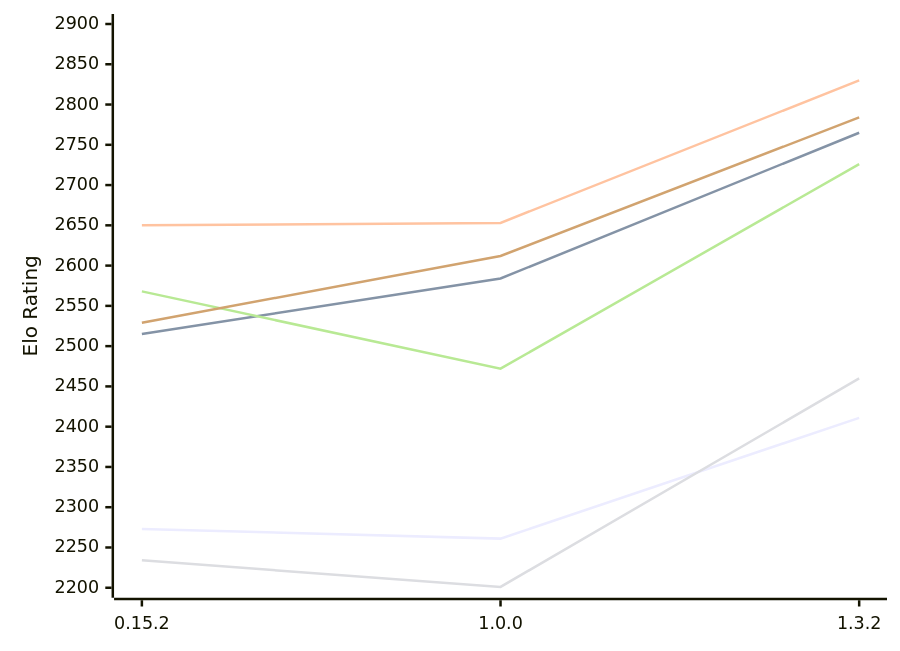
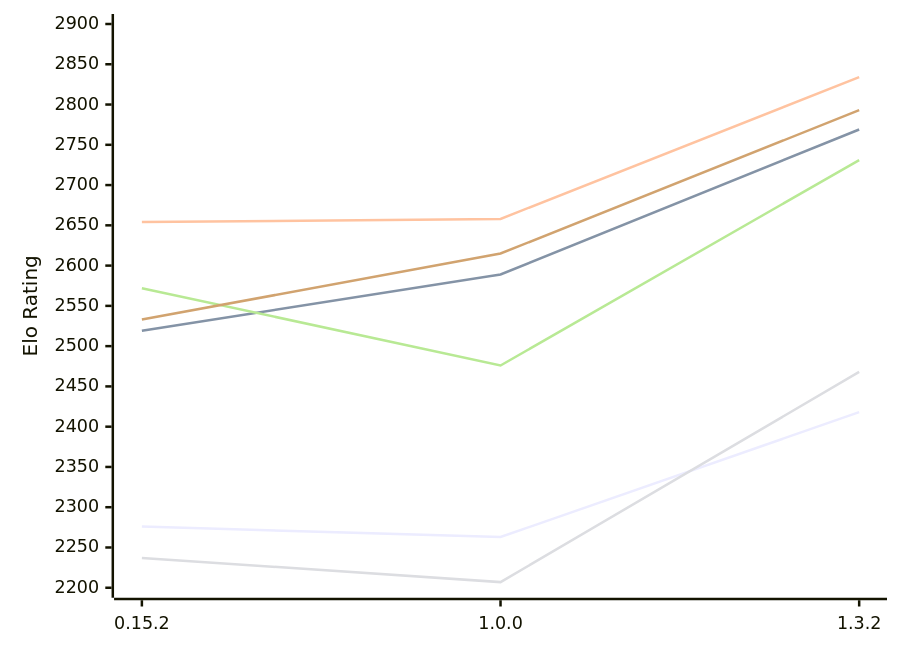
The diagram in engines/ElephantGambit.md (computer-chess-index/cci), drawn with Mermaid before and after one commit. The commit also changed other lines of this file, not shown here.

Commit message:
Update CCI Ratings (ELO VLTC) - 2026-11-20

````diff
--- a/engines/ElephantGambit.md
+++ b/engines/ElephantGambit.md
@@ -52,12 +52,12 @@
 ```mermaid
 %%{init: {"theme":"base","themeVariables":{"seriesColors:['#a3a3a3','#222221','#faa371']}}}%%
 xychart-beta
   x-axis ["0.15.2", "1.0.0", "1.3.2"]
   y-axis "Elo Rating" 2200 --> 2900
-  line "E1: STC (8.0+0.08s)" [2273, 2261, 2411]
-  line "E1: LTC (60.0+0.60s)" [2515, 2584, 2765]
-  line "E1: VLTC (2m24s+1.12s)" [2650, 2653, 2830]
-  line "P1: STC (8.0+0.08s)" [2234, 2201, 2460]
-  line "P1: LTC (60.0+0.60s)" [2568, 2472, 2726]
-  line "P1: VLTC (2m24s+1.12s)" [2529, 2612, 2784]
+  line "E1: STC (8.0+0.08s)" [2276, 2263, 2418]
+  line "E1: LTC (60.0+0.60s)" [2519, 2589, 2769]
+  line "E1: VLTC (2m24s+1.12s)" [2654, 2658, 2834]
+  line "P1: STC (8.0+0.08s)" [2237, 2207, 2468]
+  line "P1: LTC (60.0+0.60s)" [2572, 2476, 2731]
+  line "P1: VLTC (2m24s+1.12s)" [2533, 2615, 2793]
 ```
````
